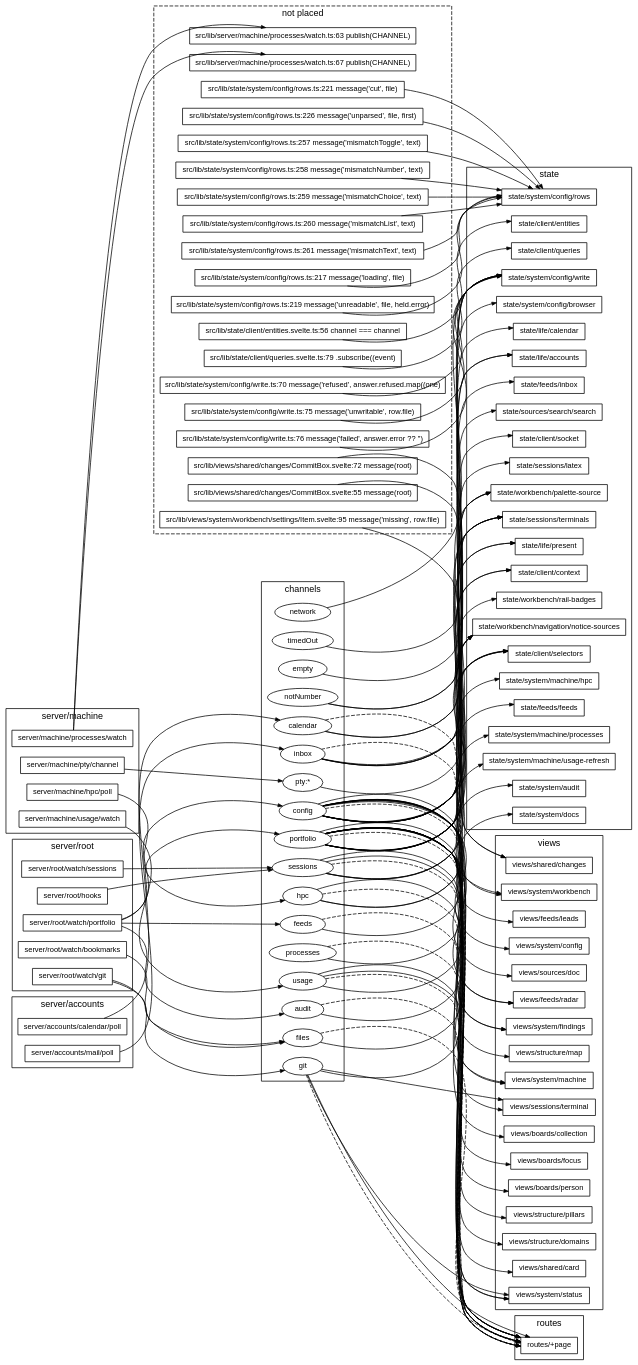
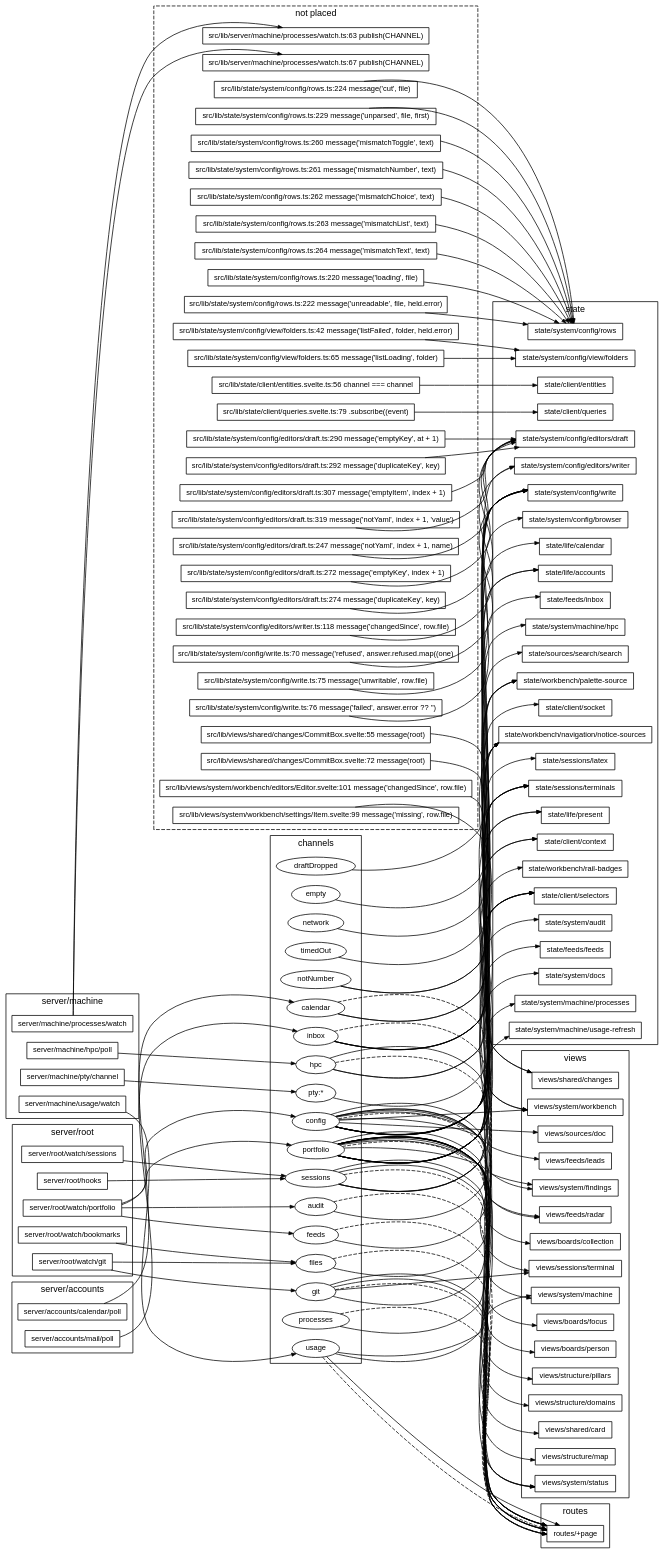
Before and after one commit to TheAxeC/oculus: the diagram in docs/diagrams/channels.dot, drawn with Graphviz. The commit also changed 136 other files, not shown here.

First line of the commit message:
Finish the Settings editor

```diff
--- a/docs/diagrams/channels.dot
+++ b/docs/diagrams/channels.dot
@@ -27,6 +27,7 @@
         "ch audit" [label="audit", shape=ellipse];
         "ch calendar" [label="calendar", shape=ellipse];
         "ch config" [label="config", shape=ellipse];
+        "ch draftDropped" [label="draftDropped", shape=ellipse];
         "ch empty" [label="empty", shape=ellipse];
         "ch feeds" [label="feeds", shape=ellipse];
         "ch files" [label="files", shape=ellipse];
@@ -48,21 +49,32 @@
         "? src/lib/server/machine/processes/watch.ts:67" [label="src/lib/server/machine/processes/watch.ts:67 publish(CHANNEL)"];
         "? src/lib/state/client/entities.svelte.ts:56" [label="src/lib/state/client/entities.svelte.ts:56 channel === channel"];
         "? src/lib/state/client/queries.svelte.ts:79" [label="src/lib/state/client/queries.svelte.ts:79 .subscribe((event)"];
-        "? src/lib/state/system/config/rows.ts:217" [label="src/lib/state/system/config/rows.ts:217 message('loading', file)"];
-        "? src/lib/state/system/config/rows.ts:219" [label="src/lib/state/system/config/rows.ts:219 message('unreadable', file, held.error)"];
-        "? src/lib/state/system/config/rows.ts:221" [label="src/lib/state/system/config/rows.ts:221 message('cut', file)"];
-        "? src/lib/state/system/config/rows.ts:226" [label="src/lib/state/system/config/rows.ts:226 message('unparsed', file, first)"];
-        "? src/lib/state/system/config/rows.ts:257" [label="src/lib/state/system/config/rows.ts:257 message('mismatchToggle', text)"];
-        "? src/lib/state/system/config/rows.ts:258" [label="src/lib/state/system/config/rows.ts:258 message('mismatchNumber', text)"];
-        "? src/lib/state/system/config/rows.ts:259" [label="src/lib/state/system/config/rows.ts:259 message('mismatchChoice', text)"];
-        "? src/lib/state/system/config/rows.ts:260" [label="src/lib/state/system/config/rows.ts:260 message('mismatchList', text)"];
-        "? src/lib/state/system/config/rows.ts:261" [label="src/lib/state/system/config/rows.ts:261 message('mismatchText', text)"];
+        "? src/lib/state/system/config/editors/draft.ts:247" [label="src/lib/state/system/config/editors/draft.ts:247 message('notYaml', index + 1, name)"];
+        "? src/lib/state/system/config/editors/draft.ts:272" [label="src/lib/state/system/config/editors/draft.ts:272 message('emptyKey', index + 1)"];
+        "? src/lib/state/system/config/editors/draft.ts:274" [label="src/lib/state/system/config/editors/draft.ts:274 message('duplicateKey', key)"];
+        "? src/lib/state/system/config/editors/draft.ts:290" [label="src/lib/state/system/config/editors/draft.ts:290 message('emptyKey', at + 1)"];
+        "? src/lib/state/system/config/editors/draft.ts:292" [label="src/lib/state/system/config/editors/draft.ts:292 message('duplicateKey', key)"];
+        "? src/lib/state/system/config/editors/draft.ts:307" [label="src/lib/state/system/config/editors/draft.ts:307 message('emptyItem', index + 1)"];
+        "? src/lib/state/system/config/editors/draft.ts:319" [label="src/lib/state/system/config/editors/draft.ts:319 message('notYaml', index + 1, 'value')"];
+        "? src/lib/state/system/config/editors/writer.ts:118" [label="src/lib/state/system/config/editors/writer.ts:118 message('changedSince', row.file)"];
+        "? src/lib/state/system/config/rows.ts:220" [label="src/lib/state/system/config/rows.ts:220 message('loading', file)"];
+        "? src/lib/state/system/config/rows.ts:222" [label="src/lib/state/system/config/rows.ts:222 message('unreadable', file, held.error)"];
+        "? src/lib/state/system/config/rows.ts:224" [label="src/lib/state/system/config/rows.ts:224 message('cut', file)"];
+        "? src/lib/state/system/config/rows.ts:229" [label="src/lib/state/system/config/rows.ts:229 message('unparsed', file, first)"];
+        "? src/lib/state/system/config/rows.ts:260" [label="src/lib/state/system/config/rows.ts:260 message('mismatchToggle', text)"];
+        "? src/lib/state/system/config/rows.ts:261" [label="src/lib/state/system/config/rows.ts:261 message('mismatchNumber', text)"];
+        "? src/lib/state/system/config/rows.ts:262" [label="src/lib/state/system/config/rows.ts:262 message('mismatchChoice', text)"];
+        "? src/lib/state/system/config/rows.ts:263" [label="src/lib/state/system/config/rows.ts:263 message('mismatchList', text)"];
+        "? src/lib/state/system/config/rows.ts:264" [label="src/lib/state/system/config/rows.ts:264 message('mismatchText', text)"];
+        "? src/lib/state/system/config/view/folders.ts:42" [label="src/lib/state/system/config/view/folders.ts:42 message('listFailed', folder, held.error)"];
+        "? src/lib/state/system/config/view/folders.ts:65" [label="src/lib/state/system/config/view/folders.ts:65 message('listLoading', folder)"];
         "? src/lib/state/system/config/write.ts:70" [label="src/lib/state/system/config/write.ts:70 message('refused', answer.refused.map((one)"];
         "? src/lib/state/system/config/write.ts:75" [label="src/lib/state/system/config/write.ts:75 message('unwritable', row.file)"];
         "? src/lib/state/system/config/write.ts:76" [label="src/lib/state/system/config/write.ts:76 message('failed', answer.error ?? '')"];
         "? src/lib/views/shared/changes/CommitBox.svelte:55" [label="src/lib/views/shared/changes/CommitBox.svelte:55 message(root)"];
         "? src/lib/views/shared/changes/CommitBox.svelte:72" [label="src/lib/views/shared/changes/CommitBox.svelte:72 message(root)"];
-        "? src/lib/views/system/workbench/settings/Item.svelte:95" [label="src/lib/views/system/workbench/settings/Item.svelte:95 message('missing', row.file)"];
+        "? src/lib/views/system/workbench/editors/Editor.svelte:101" [label="src/lib/views/system/workbench/editors/Editor.svelte:101 message('changedSince', row.file)"];
+        "? src/lib/views/system/workbench/settings/Item.svelte:99" [label="src/lib/views/system/workbench/settings/Item.svelte:99 message('missing', row.file)"];
     }
     subgraph "cluster_read state" {
         label="state"; style=solid;
@@ -81,7 +93,10 @@
         "state/sources/search/search";
         "state/system/audit";
         "state/system/config/browser";
+        "state/system/config/editors/draft";
+        "state/system/config/editors/writer";
         "state/system/config/rows";
+        "state/system/config/view/folders";
         "state/system/config/write";
         "state/system/docs";
         "state/system/machine/hpc";
@@ -105,7 +120,6 @@
         "views/structure/domains";
         "views/structure/map";
         "views/structure/pillars";
-        "views/system/config";
         "views/system/findings";
         "views/system/machine";
         "views/system/status";
@@ -117,21 +131,32 @@
     }
     "? src/lib/state/client/entities.svelte.ts:56" -> "state/client/entities";
     "? src/lib/state/client/queries.svelte.ts:79" -> "state/client/queries";
-    "? src/lib/state/system/config/rows.ts:217" -> "state/system/config/rows";
-    "? src/lib/state/system/config/rows.ts:219" -> "state/system/config/rows";
-    "? src/lib/state/system/config/rows.ts:221" -> "state/system/config/rows";
-    "? src/lib/state/system/config/rows.ts:226" -> "state/system/config/rows";
-    "? src/lib/state/system/config/rows.ts:257" -> "state/system/config/rows";
-    "? src/lib/state/system/config/rows.ts:258" -> "state/system/config/rows";
-    "? src/lib/state/system/config/rows.ts:259" -> "state/system/config/rows";
+    "? src/lib/state/system/config/editors/draft.ts:247" -> "state/system/config/editors/draft";
+    "? src/lib/state/system/config/editors/draft.ts:272" -> "state/system/config/editors/draft";
+    "? src/lib/state/system/config/editors/draft.ts:274" -> "state/system/config/editors/draft";
+    "? src/lib/state/system/config/editors/draft.ts:290" -> "state/system/config/editors/draft";
+    "? src/lib/state/system/config/editors/draft.ts:292" -> "state/system/config/editors/draft";
+    "? src/lib/state/system/config/editors/draft.ts:307" -> "state/system/config/editors/draft";
+    "? src/lib/state/system/config/editors/draft.ts:319" -> "state/system/config/editors/draft";
+    "? src/lib/state/system/config/editors/writer.ts:118" -> "state/system/config/editors/writer";
+    "? src/lib/state/system/config/rows.ts:220" -> "state/system/config/rows";
+    "? src/lib/state/system/config/rows.ts:222" -> "state/system/config/rows";
+    "? src/lib/state/system/config/rows.ts:224" -> "state/system/config/rows";
+    "? src/lib/state/system/config/rows.ts:229" -> "state/system/config/rows";
     "? src/lib/state/system/config/rows.ts:260" -> "state/system/config/rows";
     "? src/lib/state/system/config/rows.ts:261" -> "state/system/config/rows";
+    "? src/lib/state/system/config/rows.ts:262" -> "state/system/config/rows";
+    "? src/lib/state/system/config/rows.ts:263" -> "state/system/config/rows";
+    "? src/lib/state/system/config/rows.ts:264" -> "state/system/config/rows";
+    "? src/lib/state/system/config/view/folders.ts:42" -> "state/system/config/view/folders";
+    "? src/lib/state/system/config/view/folders.ts:65" -> "state/system/config/view/folders";
     "? src/lib/state/system/config/write.ts:70" -> "state/system/config/write";
     "? src/lib/state/system/config/write.ts:75" -> "state/system/config/write";
     "? src/lib/state/system/config/write.ts:76" -> "state/system/config/write";
     "? src/lib/views/shared/changes/CommitBox.svelte:55" -> "views/shared/changes";
     "? src/lib/views/shared/changes/CommitBox.svelte:72" -> "views/shared/changes";
-    "? src/lib/views/system/workbench/settings/Item.svelte:95" -> "views/system/workbench";
+    "? src/lib/views/system/workbench/editors/Editor.svelte:101" -> "views/system/workbench";
+    "? src/lib/views/system/workbench/settings/Item.svelte:99" -> "views/system/workbench";
     "ch audit" -> "routes/+page" [style=dashed];
     "ch audit" -> "state/system/audit";
     "ch calendar" -> "routes/+page" [style=dashed];
@@ -151,10 +176,10 @@
     "ch config" -> "views/feeds/radar";
     "ch config" -> "views/sessions/terminal";
     "ch config" -> "views/sources/doc";
-    "ch config" -> "views/system/config";
     "ch config" -> "views/system/findings";
     "ch config" -> "views/system/machine";
     "ch config" -> "views/system/workbench";
+    "ch draftDropped" -> "state/system/config/editors/writer";
     "ch empty" -> "state/system/config/write";
     "ch feeds" -> "routes/+page" [style=dashed];
     "ch feeds" -> "state/feeds/feeds";
```
